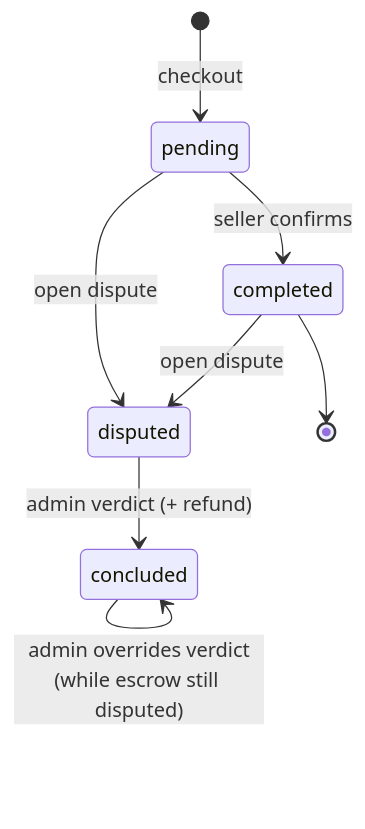
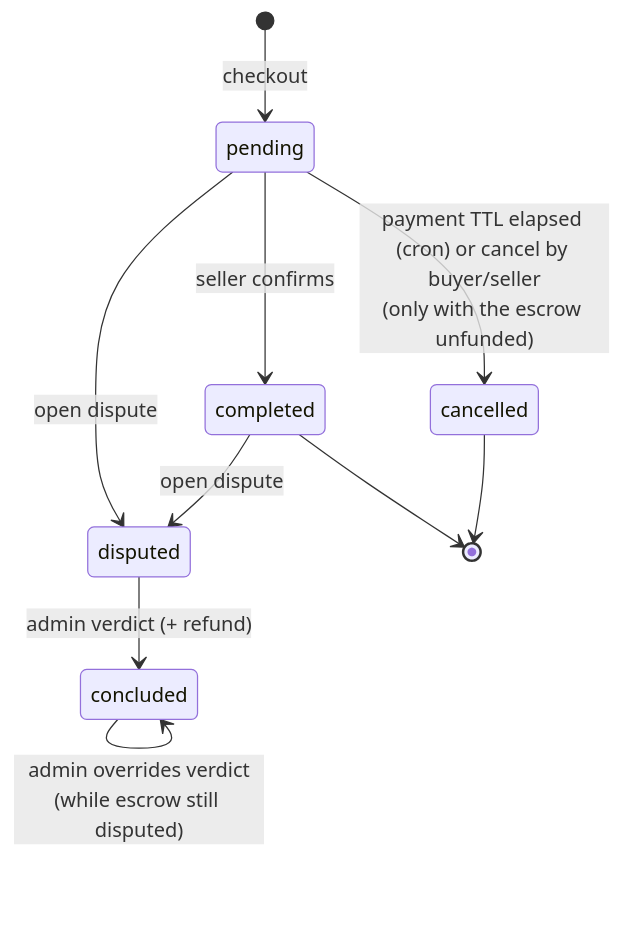
One commit to tkstudioio/antigone changed the first of 2 diagrams in docs/lifecycle.md. Above: the diagram before and after it, drawn with Mermaid. The commit also changed other lines of this file and 145 other files, not shown here.

````diff
--- a/docs/lifecycle.md
+++ b/docs/lifecycle.md
@@ -29,10 +29,12 @@
 ```mermaid
 stateDiagram-v2
     [*] --> pending: checkout
     pending --> completed: seller confirms
+    pending --> cancelled: payment TTL elapsed (cron) or cancel by buyer/seller<br/>(only with the escrow unfunded)
     pending --> disputed: open dispute
     completed --> disputed: open dispute
     disputed --> concluded: admin verdict (+ refund)
     concluded --> concluded: admin overrides verdict<br/>(while escrow still disputed)
     completed --> [*]
+    cancelled --> [*]
 ```
````
